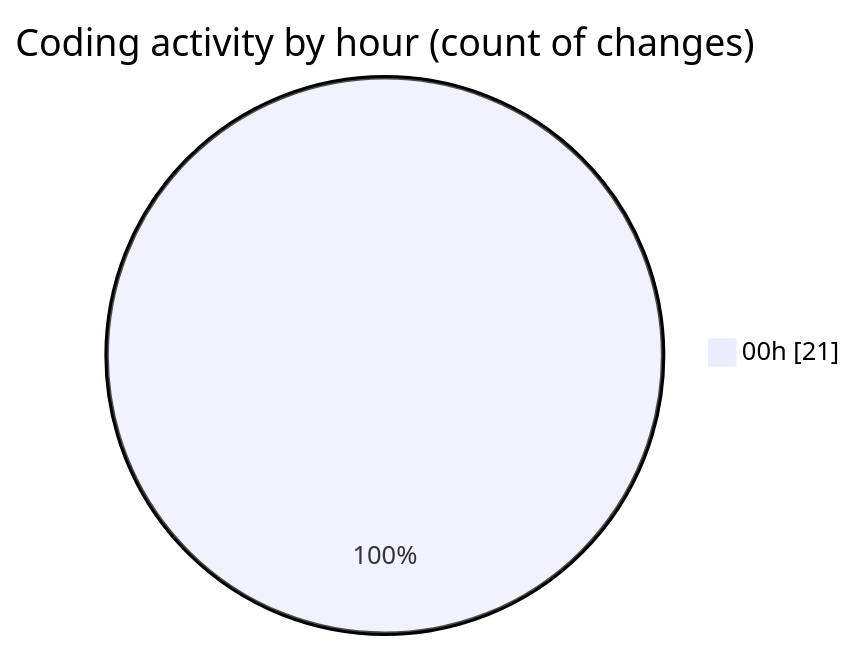
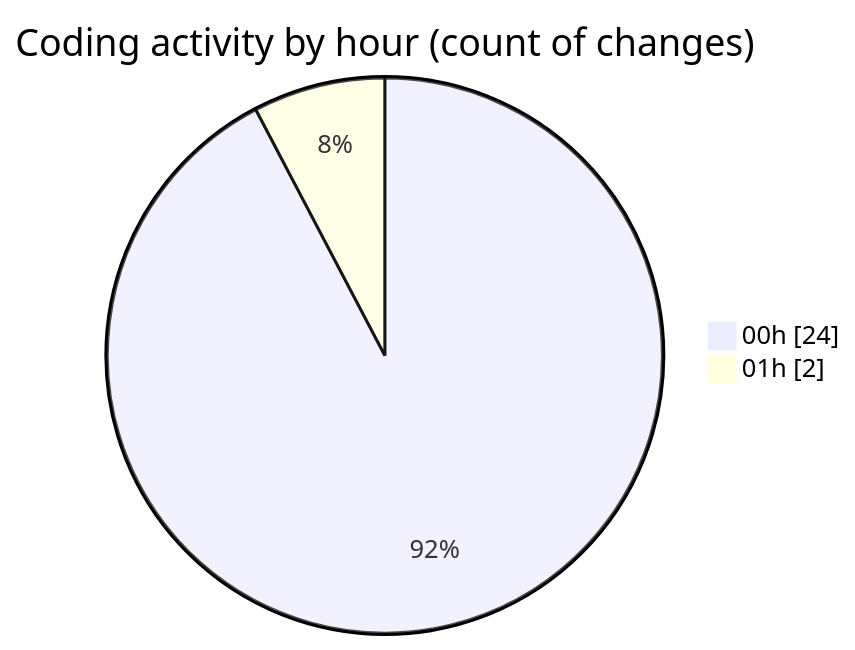
The second of 2 diagrams in 2025-11-24/eventscop-frontend-guide__workspace_/README.md (julien-gomy/code-tracking), drawn with Mermaid before and after one commit. The commit also changed other lines of this file and 1 other file, not shown here.

````diff
--- a/2025-11-24/eventscop-frontend-guide__workspace_/README.md
+++ b/2025-11-24/eventscop-frontend-guide__workspace_/README.md
@@ -34,5 +38,6 @@
 ```mermaid
 pie showData
 title Coding activity by hour (count of changes)
-"00h" : 21
+"00h" : 24
+"01h" : 2
 ```
````
